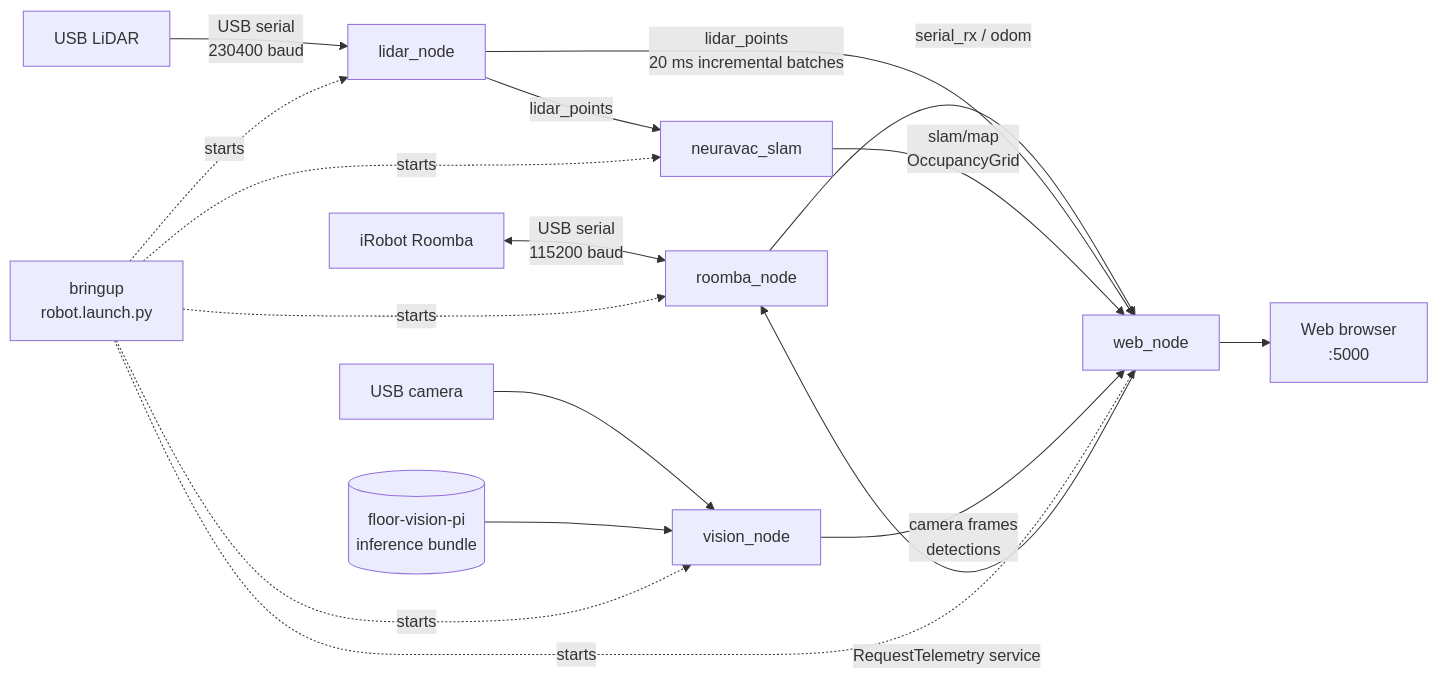
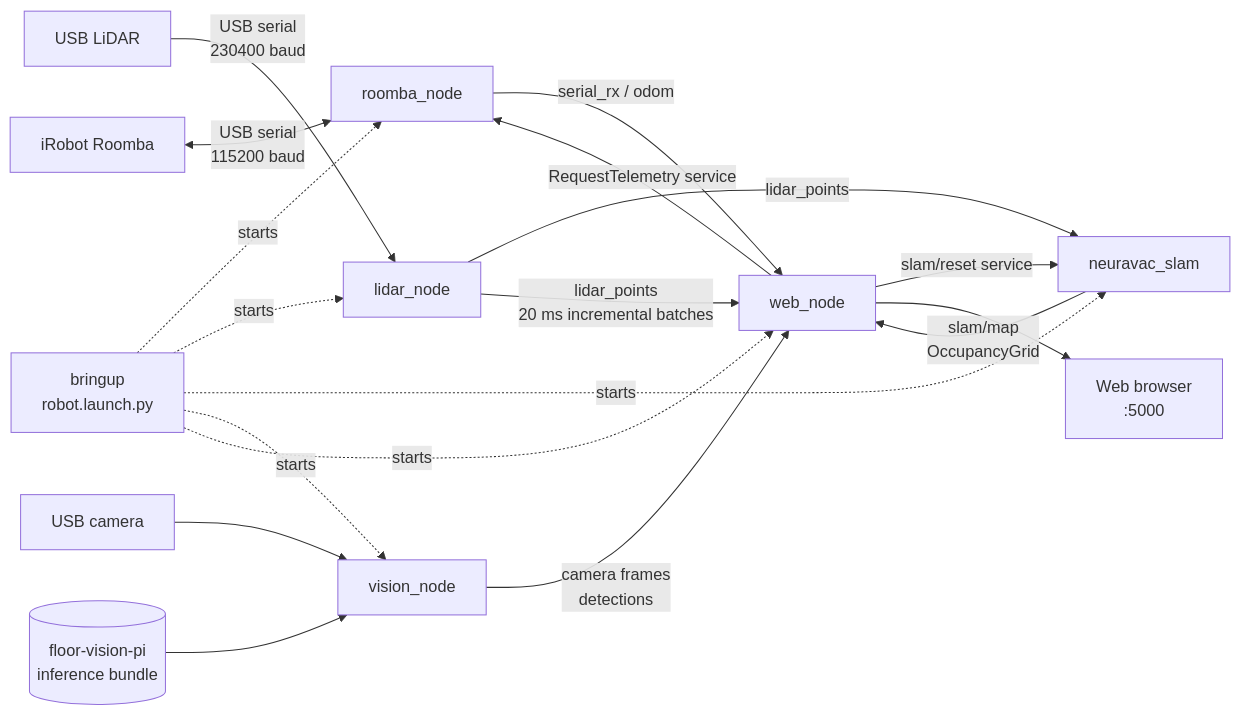
One commit to Ericdmch/NeuraVac changed the diagram in README.md. Above: the diagram before and after it, drawn with Mermaid. The commit also changed other lines of this file and 6 other files, not shown here.

Commit message:
Add dashboard SLAM reset control

````diff
--- a/README.md
+++ b/README.md
@@ -25,20 +25,21 @@
 ```mermaid
 flowchart LR
     Roomba[ iRobot Roomba ] <-->|USB serial<br/>115200 baud| R[roomba_node]
     Lidar[USB LiDAR] -->|USB serial<br/>230400 baud| L[lidar_node]
     L -->|lidar_points| S[neuravac_slam]
     Camera[USB camera] --> V[vision_node]
     Bundle[(floor-vision-pi<br/>inference bundle)] --> V
 
     R -->|serial_rx / odom| W[web_node]
     W -->|RequestTelemetry service| R
+    W -->|slam/reset service| S
     L -->|lidar_points<br/>20 ms incremental batches| W
     S -->|slam/map<br/>OccupancyGrid| W
     V -->|camera frames<br/>detections| W
     W --> Browser[Web browser<br/>:5000]
     B[bringup<br/>robot.launch.py] -. starts .-> R
     B -. starts .-> L
     B -. starts .-> S
     B -. starts .-> V
     B -. starts .-> W
 ```
````
